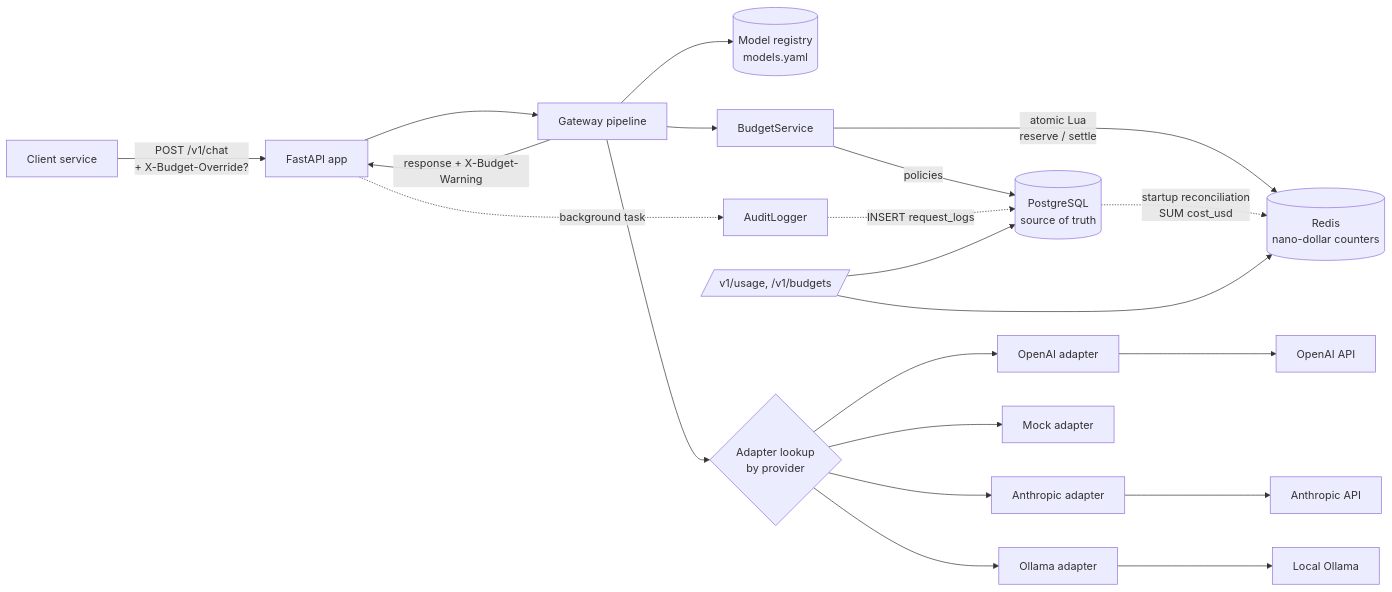
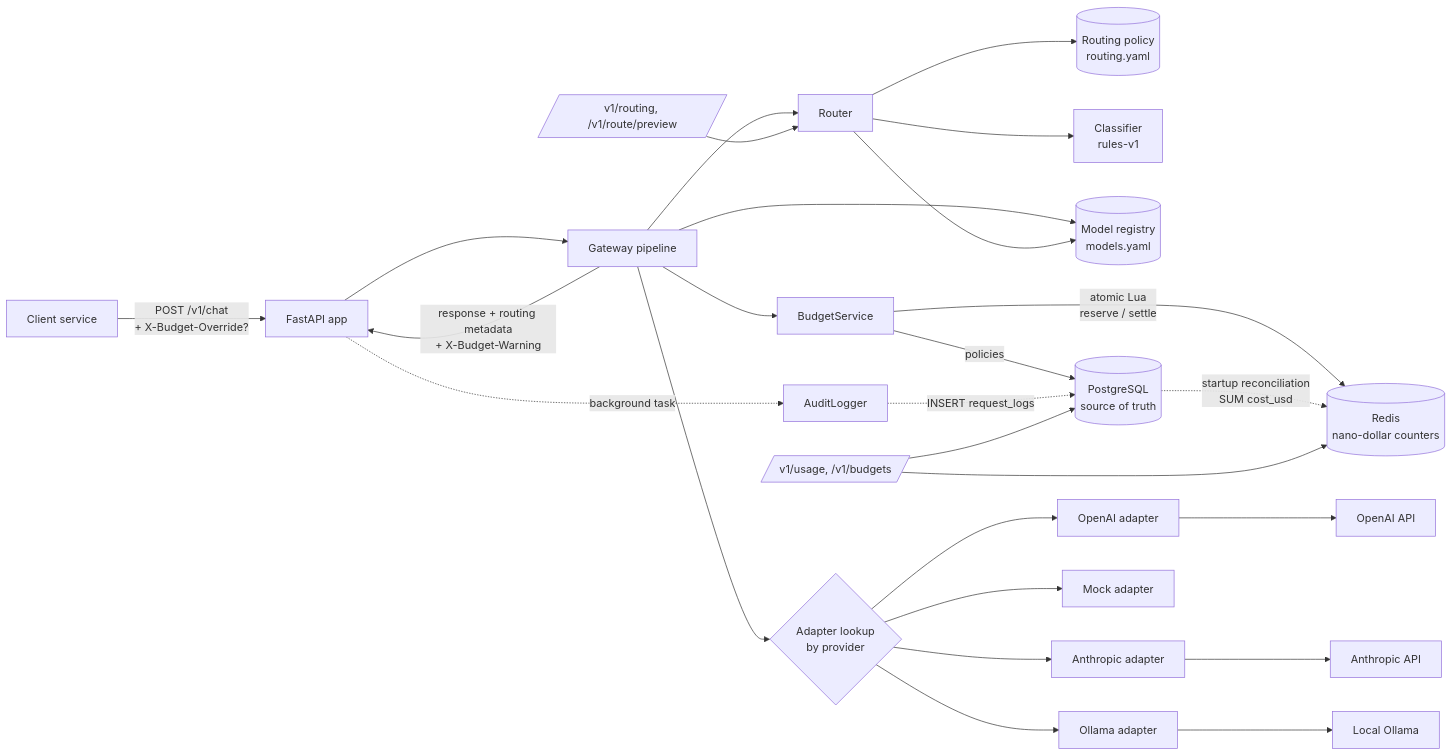
The first of 3 diagrams in docs/architecture.md (Abhigyanv23/llm-spend-control), drawn with Mermaid before and after one commit. The commit also changed other lines of this file and 24 other files, not shown here.

````diff
--- a/docs/architecture.md
+++ b/docs/architecture.md
@@ -5,19 +5,24 @@
 ```mermaid
 flowchart LR
     C[Client service] -->|POST /v1/chat<br/>+ X-Budget-Override?| API[FastAPI app]
     API --> GW[Gateway pipeline]
+    GW --> RT[Router]
+    RT --> RC[(Routing policy<br/>routing.yaml)]
+    RT --> CL[Classifier<br/>rules-v1]
     GW --> REG[(Model registry<br/>models.yaml)]
+    RT --> REG
     GW --> BS[BudgetService]
     BS -->|policies| PG[(PostgreSQL<br/>source of truth)]
     BS -->|atomic Lua<br/>reserve / settle| RD[(Redis<br/>nano-dollar counters)]
     GW --> AD{Adapter lookup<br/>by provider}
     AD --> OA[OpenAI adapter] --> OAPI[OpenAI API]
     AD --> AN[Anthropic adapter] --> AAPI[Anthropic API]
     AD --> OL[Ollama adapter] --> OLL[Local Ollama]
     AD --> MK[Mock adapter]
-    GW -->|response + X-Budget-Warning| API
+    GW -->|response + routing metadata<br/>+ X-Budget-Warning| API
     API -.->|background task| AU[AuditLogger] -.->|INSERT request_logs| PG
     PG -.->|startup reconciliation<br/>SUM cost_usd| RD
     UB[/v1/usage, /v1/budgets/] --> PG
     UB --> RD
+    RA[/v1/routing, /v1/route/preview/] --> RT
 ```
````
